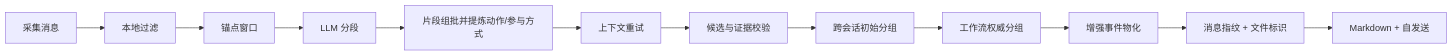
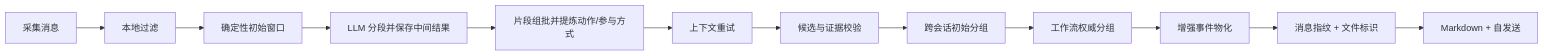
The diagram in docs/implementation-breakdown.md (sunweisheng/WorkTrace), drawn with Mermaid before and after one commit. The commit also changed other lines of this file and 11 other files, not shown here.

````diff
--- a/docs/implementation-breakdown.md
+++ b/docs/implementation-breakdown.md
@@ -33,7 +33,7 @@
 ```mermaid
 flowchart LR
-    A["采集消息"] --> B["本地过滤"] --> C["锚点窗口"] --> D["LLM 分段"]
+    A["采集消息"] --> B["本地过滤"] --> C["确定性初始窗口"] --> D["LLM 分段并保存中间结果"]
     D --> E["片段组批并提炼动作/参与方式"] --> F["上下文重试"] --> G["候选与证据校验"]
     G --> H["跨会话初始分组"] --> I["工作流权威分组"] --> J["增强事件物化"]
     J --> K["消息指纹 + 文件标识"] --> L["Markdown + 自发送"]
 ```
````
